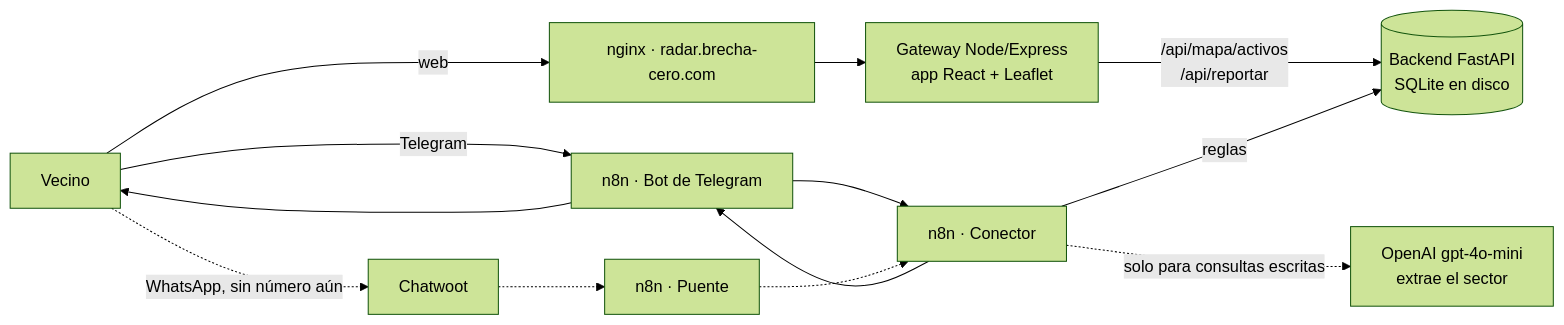
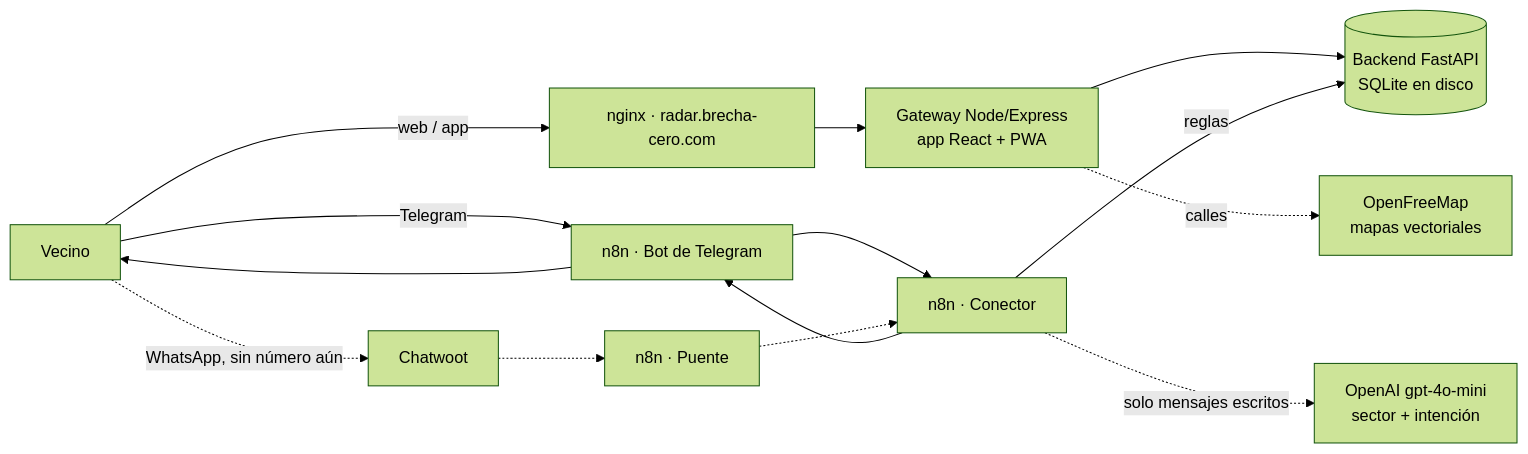
The diagram in README.md (DanMen-Dev/valencia-luz-core), drawn with Mermaid (forest theme) before and after one commit. The commit also changed other lines of this file, not shown here.

First line of the commit message:
README: Radar en produccion, como lo usa un vecino, modelo de datos, decisiones, costo y API

````diff
--- a/README.md
+++ b/README.md
@@ -26,13 +37,14 @@
 ```mermaid
 flowchart LR
-    V[Vecino] -->|web| N[nginx · radar.brecha-cero.com]
+    V[Vecino] -->|web / app| N[nginx · radar.brecha-cero.com]
     V -->|Telegram| T[n8n · Bot de Telegram]
     V -.->|WhatsApp, sin número aún| C[Chatwoot]
-    N --> G[Gateway Node/Express<br/>app React + Leaflet]
-    G -->|/api/mapa/activos<br/>/api/reportar| B[(Backend FastAPI<br/>SQLite en disco)]
+    N --> G[Gateway Node/Express<br/>app React + PWA]
+    G --> B[(Backend FastAPI<br/>SQLite en disco)]
     T --> K[n8n · Conector]
     C -.-> P[n8n · Puente] -.-> K
     K -->|reglas| B
-    K -.->|solo para consultas escritas| O[OpenAI gpt-4o-mini<br/>extrae el sector]
+    K -.->|solo mensajes escritos| O[OpenAI gpt-4o-mini<br/>sector + intención]
     K --> T --> V
+    G -.->|calles| F[OpenFreeMap<br/>mapas vectoriales]
 ```
````
